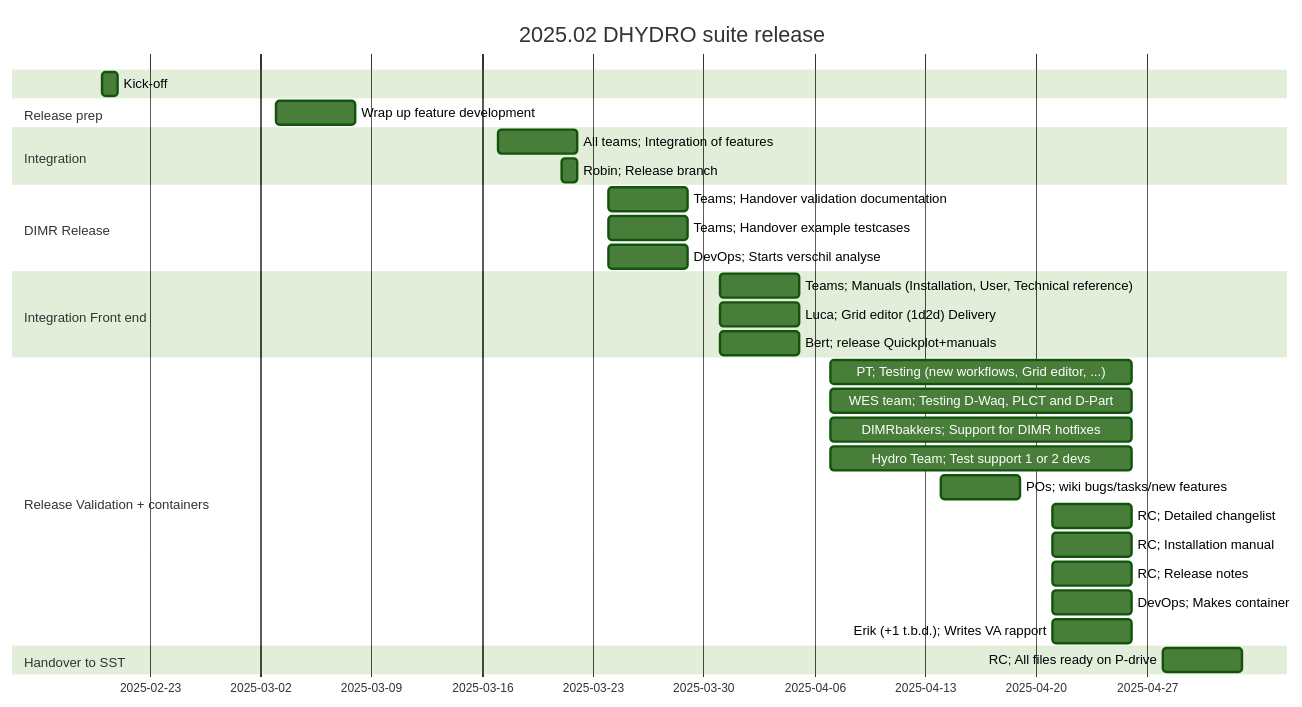
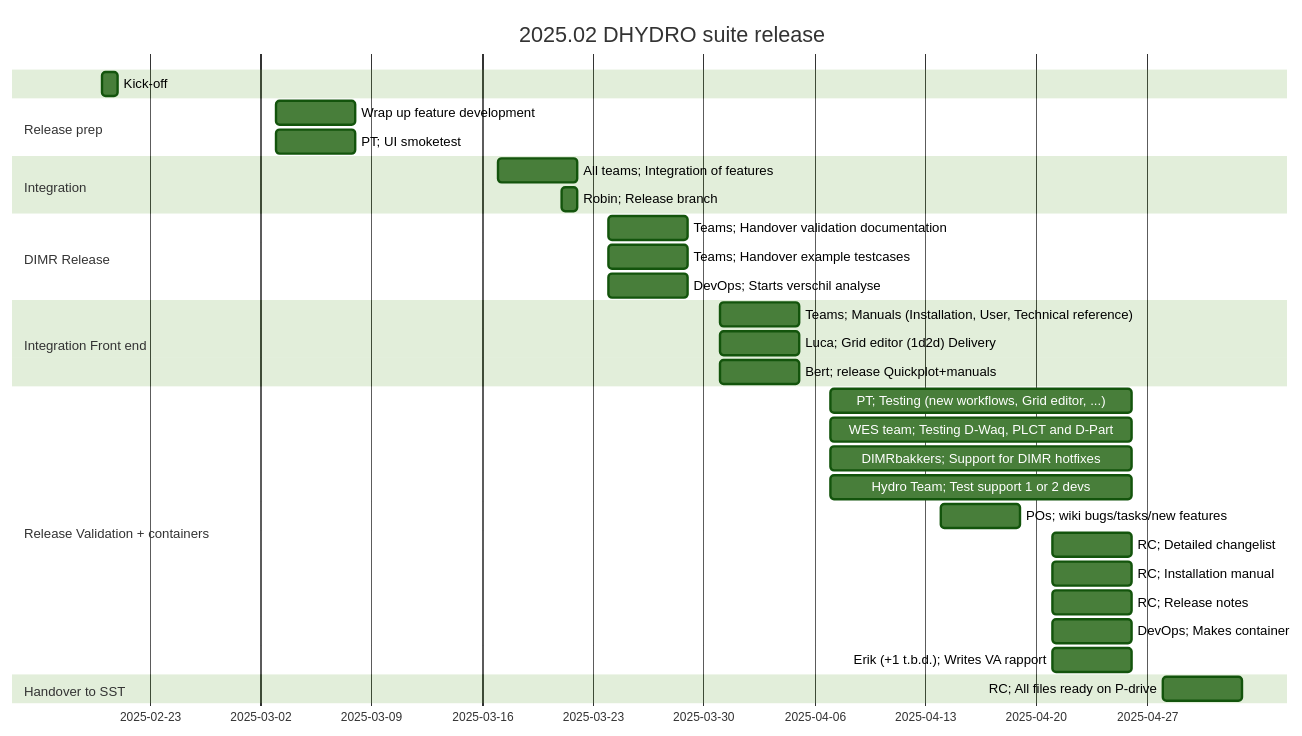
Before and after one commit to jeffersonscientific/Delft3D: the diagram in mermaid/planning.md, drawn with Mermaid (forest theme).

Commit message:
add smoketest

```diff
--- a/mermaid/planning.md
+++ b/mermaid/planning.md
@@ -1,33 +1,34 @@
 ::: mermaid
 gantt
     title 2025.02 DHYDRO suite release
     dateFormat  YYYY-MM-DD
     dateFormat  DD-MM-YYYY
     Kick-off :20-02-2025, 1d
     section Release prep
     Wrap up feature development :03-03-2025, 5d
+    PT; UI smoketest :03-03-2025, 5d
     section Integration
     All teams; Integration of features :17-03-2025, 5d
     Robin; Release branch :21-03-2025, 1d
     section DIMR Release
     Teams; Handover validation documentation :24-03-2025, 5d
     Teams; Handover example testcases :24-03-2025, 5d
     DevOps; Starts verschil analyse :24-03-2025, 5d
     section Integration Front end
     Teams; Manuals (Installation, User, Technical reference) :31-03-2025, 5d
     Luca; Grid editor (1d2d) Delivery :31-03-2025, 5d
     Bert; release Quickplot+manuals :31-03-2025, 5d
     section Release Validation + containers
     PT; Testing (new workflows, Grid editor, ...) :07-04-2025, 19d
     WES team; Testing D-Waq, PLCT and D-Part :07-04-2025, 19d
     DIMRbakkers; Support for DIMR hotfixes :07-04-2025, 19d
     Hydro Team; Test support 1 or 2 devs :07-04-2025, 19d
     POs; wiki bugs/tasks/new features :14-04-2025, 5d
     RC; Detailed changelist :21-04-2025, 5d
     RC; Installation manual :21-04-2025, 5d
     RC; Release notes :21-04-2025, 5d
     DevOps; Makes container :21-04-2025, 5d
     Erik (+1 t.b.d.); Writes VA rapport :21-04-2025, 5d
     section Handover to SST
     RC; All files ready on P-drive: 28-04-2025, 5d
 :::
```
